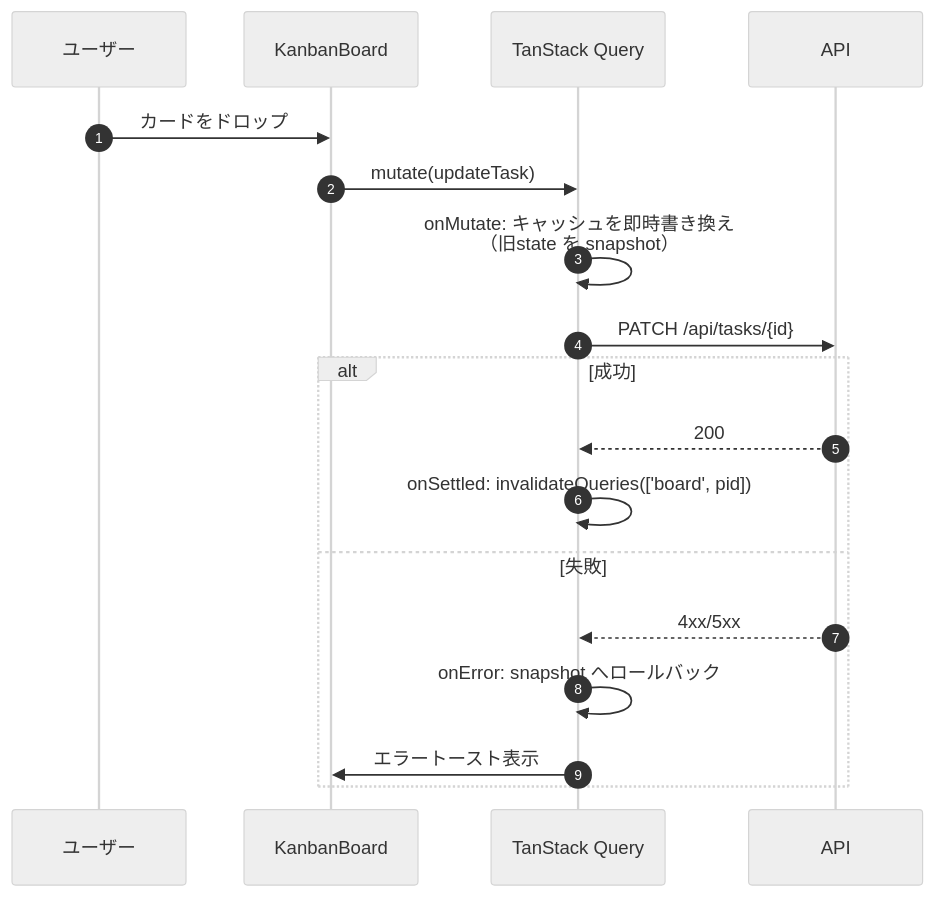
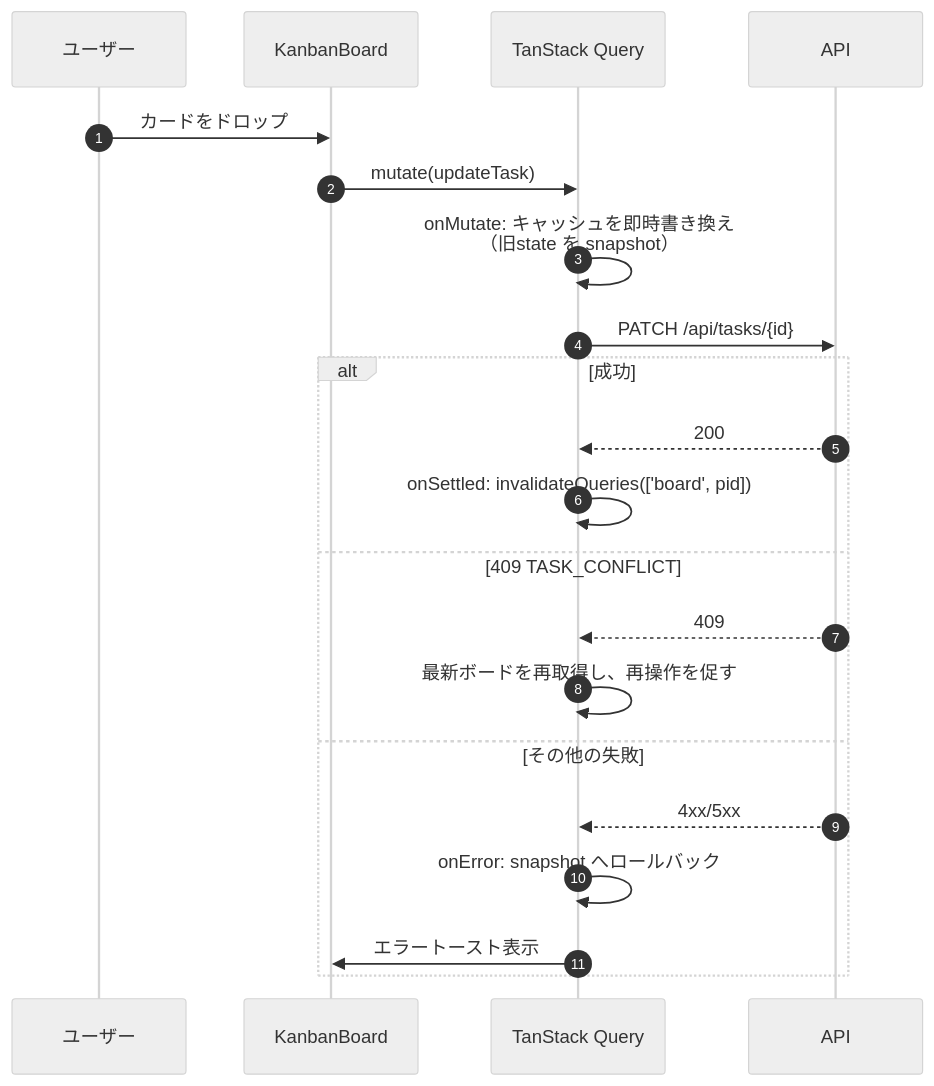
The fourth of 7 diagrams in basic_design/05_frontend.md (oikawa-d/task_management), drawn with Mermaid (neutral theme) before and after one commit. The commit also changed other lines of this file and 28 other files, not shown here.

````diff
--- a/basic_design/05_frontend.md
+++ b/basic_design/05_frontend.md
@@ -222,21 +222,24 @@
 ```mermaid
 sequenceDiagram
     autonumber
     participant U as ユーザー
     participant KB as KanbanBoard
     participant Q as TanStack Query
     participant API as API
 
     U->>KB: カードをドロップ
     KB->>Q: mutate(updateTask)
     Q->>Q: onMutate: キャッシュを即時書き換え<br/>（旧state を snapshot）
     Q->>API: PATCH /api/tasks/{id}
     alt 成功
         API-->>Q: 200
         Q->>Q: onSettled: invalidateQueries(['board', pid])
-    else 失敗
+    else 409 TASK_CONFLICT
+        API-->>Q: 409
+        Q->>Q: 最新ボードを再取得し、再操作を促す
+    else その他の失敗
         API-->>Q: 4xx/5xx
         Q->>Q: onError: snapshot へロールバック
         Q->>KB: エラートースト表示
     end
 ```
````
